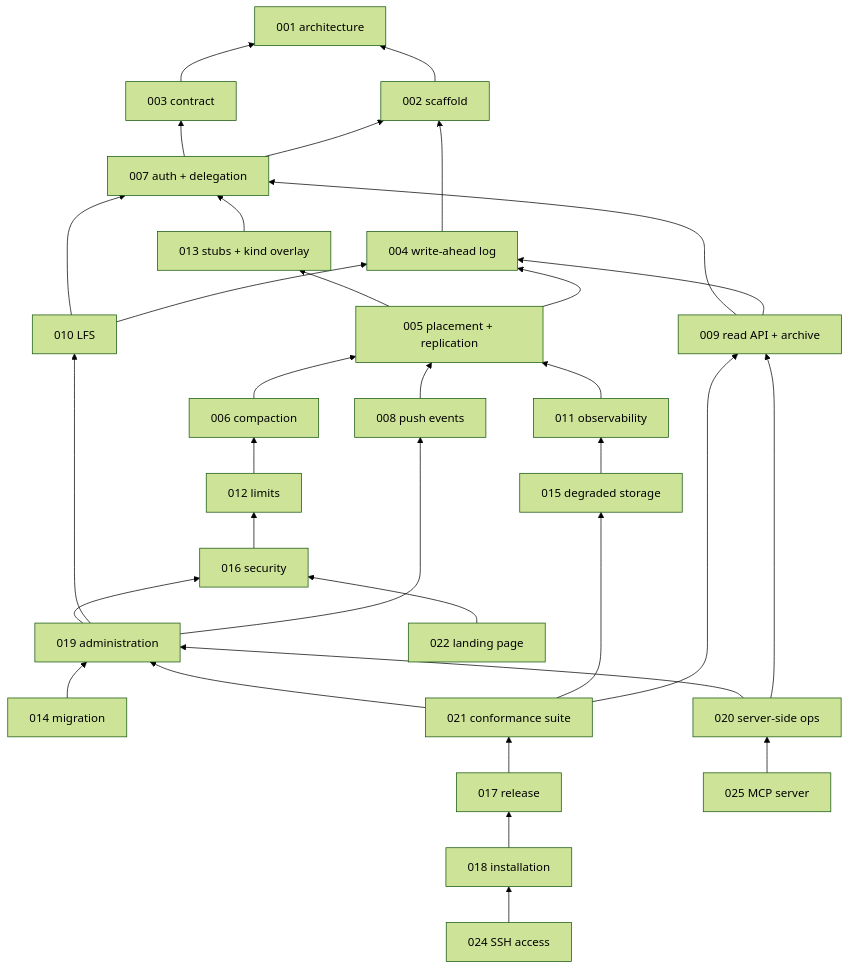
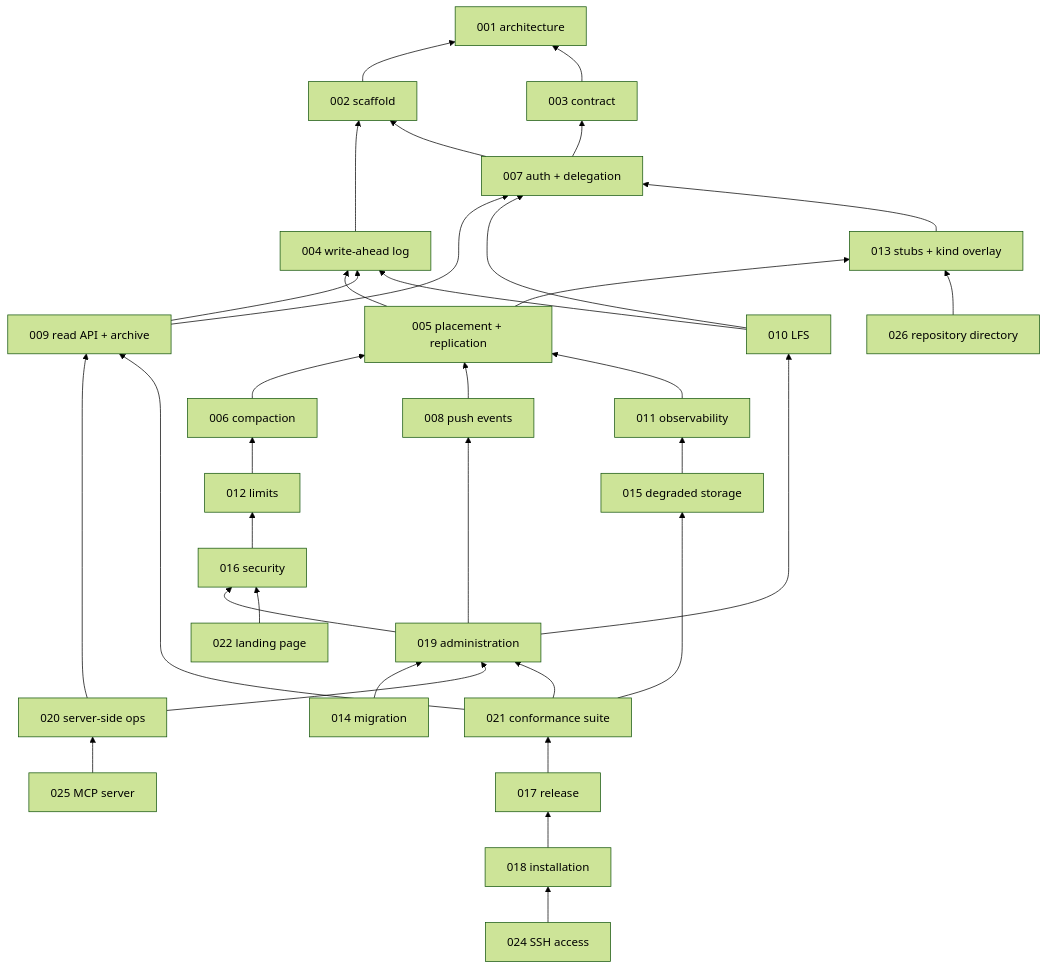
One commit to latere-ai/origo changed the second of 2 diagrams in specs/README.md. Above: the diagram before and after it, drawn with Mermaid (forest theme). The commit also changed other lines of this file and 3 other files, not shown here.

````diff
--- a/specs/README.md
+++ b/specs/README.md
@@ -101,59 +102,61 @@
 ```mermaid
 flowchart BT
   S001[001 architecture]
   S002[002 scaffold]
   S003[003 contract]
   S004[004 write-ahead log]
   S005[005 placement + replication]
   S006[006 compaction]
   S007[007 auth + delegation]
   S008[008 push events]
   S009[009 read API + archive]
   S010[010 LFS]
   S011[011 observability]
   S012[012 limits]
   S013[013 stubs + kind overlay]
   S014[014 migration]
   S015[015 degraded storage]
   S016[016 security]
   S017[017 release]
   S018[018 installation]
   S019[019 administration]
   S020[020 server-side ops]
   S021[021 conformance suite]
   S022[022 landing page]
   S024[024 SSH access]
   S025[025 MCP server]
+  S026[026 repository directory]
   S002 --> S001
   S003 --> S001
   S004 --> S002
   S005 --> S004
   S005 --> S013
   S006 --> S005
   S007 --> S002
   S007 --> S003
   S008 --> S005
   S009 --> S004
   S009 --> S007
   S010 --> S004
   S010 --> S007
   S011 --> S005
   S012 --> S006
   S013 --> S007
   S014 --> S019
   S015 --> S011
   S016 --> S012
   S017 --> S021
   S018 --> S017
   S019 --> S008
   S019 --> S010
   S019 --> S016
   S020 --> S009
   S020 --> S019
   S021 --> S009
   S021 --> S015
   S021 --> S019
   S022 --> S016
   S024 --> S018
   S025 --> S020
+  S026 --> S013
 ```
````
